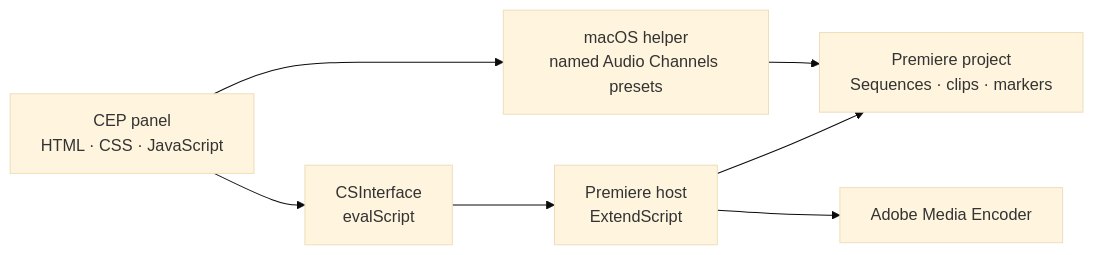
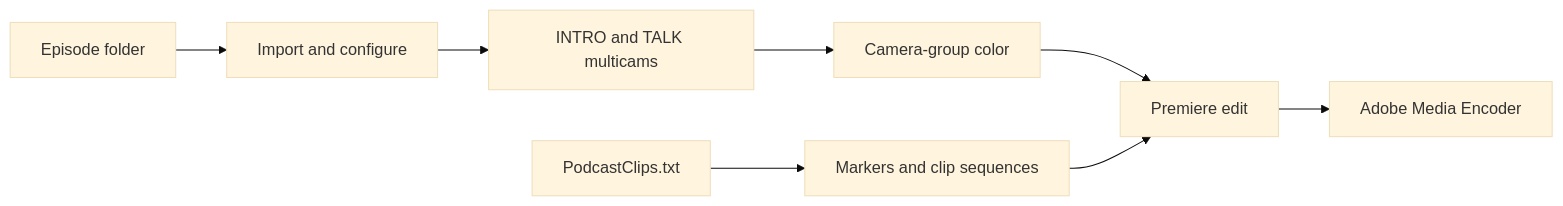
Before and after one commit to andersaucy/Unscripted-Podcast: the diagram in README.md, drawn with Mermaid (base theme). The commit also changed other lines of this file and 6 other files, not shown here.

````diff
--- a/README.md
+++ b/README.md
@@ -127,14 +54,10 @@
 ```mermaid
 flowchart LR
-    UI["CEP panel<br/>HTML · CSS · JavaScript"]
-    Bridge["CSInterface<br/>evalScript"]
-    Host["Premiere host<br/>ExtendScript"]
-    Presets["macOS helper<br/>named Audio Channels presets"]
-    PPro["Premiere project<br/>Sequences · clips · markers"]
-    AME["Adobe Media Encoder"]
-
-    UI --> Bridge --> Host
-    UI --> Presets --> PPro
-    Host --> PPro
-    Host --> AME
+    Folder["Episode folder"] --> Setup["Import and configure"]
+    Setup --> Multicam["INTRO and TALK multicams"]
+    Multicam --> Color["Camera-group color"]
+    Notes["PodcastClips.txt"] --> Clips["Markers and clip sequences"]
+    Color --> Edit["Premiere edit"]
+    Clips --> Edit
+    Edit --> AME["Adobe Media Encoder"]
 ```
````
